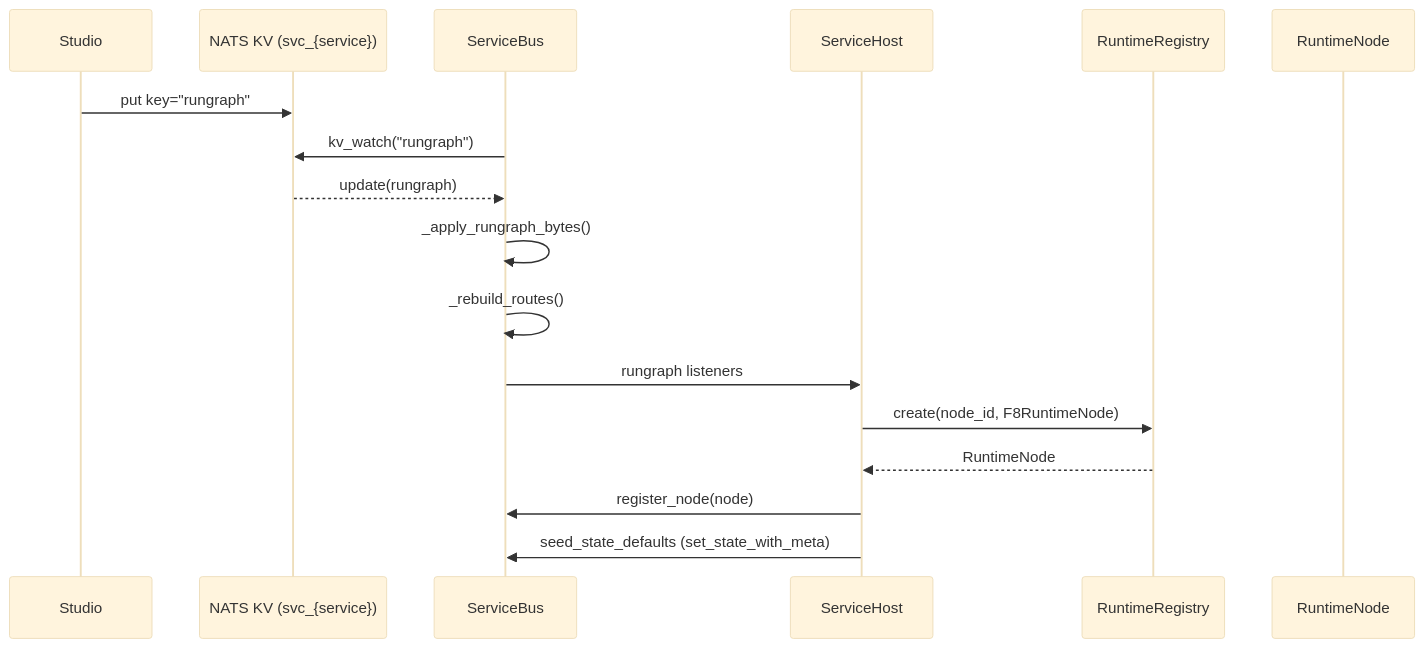
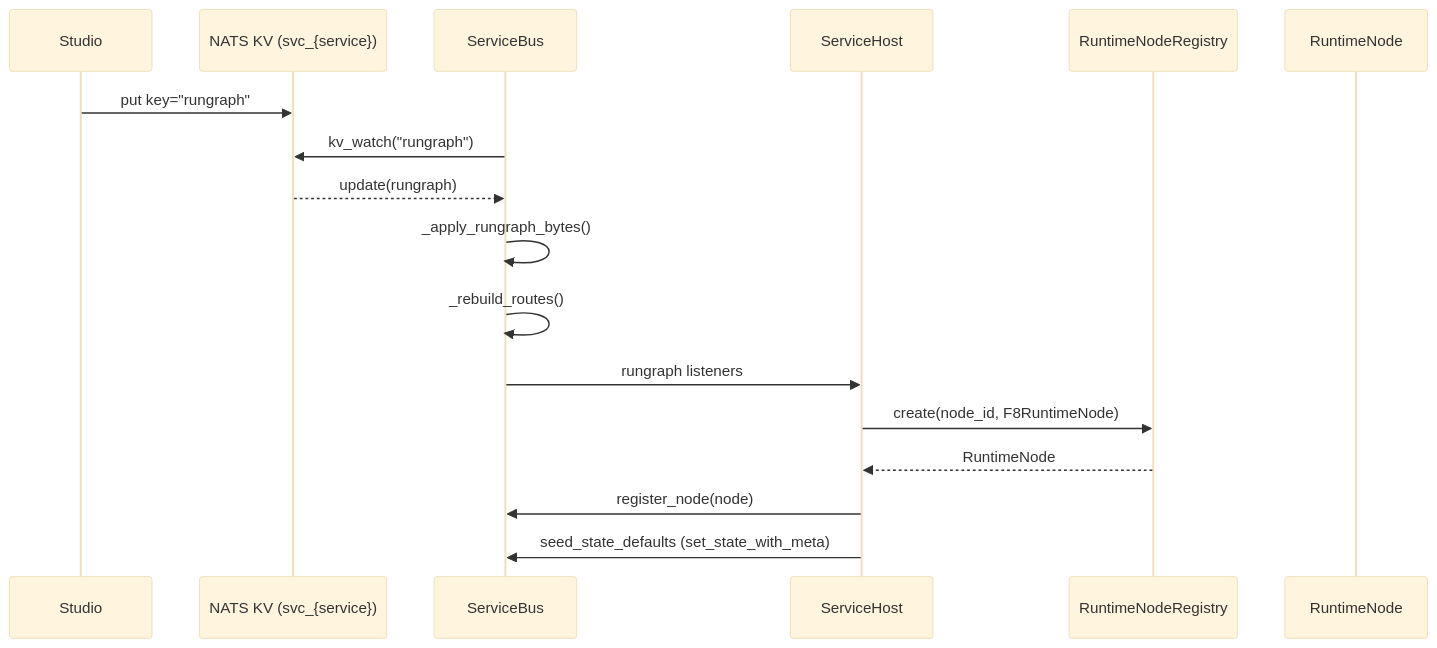
The second of 11 diagrams in docs/design/pysdk-runtime.md (feel8-fun/f8studio), drawn with Mermaid (base theme) before and after one commit. The commit also changed other lines of this file and 21 other files, not shown here.

````diff
--- a/docs/design/pysdk-runtime.md
+++ b/docs/design/pysdk-runtime.md
@@ -67,20 +66,20 @@
 ```mermaid
 sequenceDiagram
     participant Studio
     participant KV as NATS KV (svc_{service})
     participant Runtime as ServiceBus
     participant Host as ServiceHost
-    participant Registry as RuntimeRegistry
+    participant Registry as RuntimeNodeRegistry
     participant Node as RuntimeNode
 
     Studio->>KV: put key="rungraph"
     Runtime->>KV: kv_watch("rungraph")
     KV-->>Runtime: update(rungraph)
     Runtime->>Runtime: _apply_rungraph_bytes()
     Runtime->>Runtime: _rebuild_routes()
     Runtime->>Host: rungraph listeners
     Host->>Registry: create(node_id, F8RuntimeNode)
     Registry-->>Host: RuntimeNode
     Host->>Runtime: register_node(node)
     Host->>Runtime: seed_state_defaults (set_state_with_meta)
 ```
````
